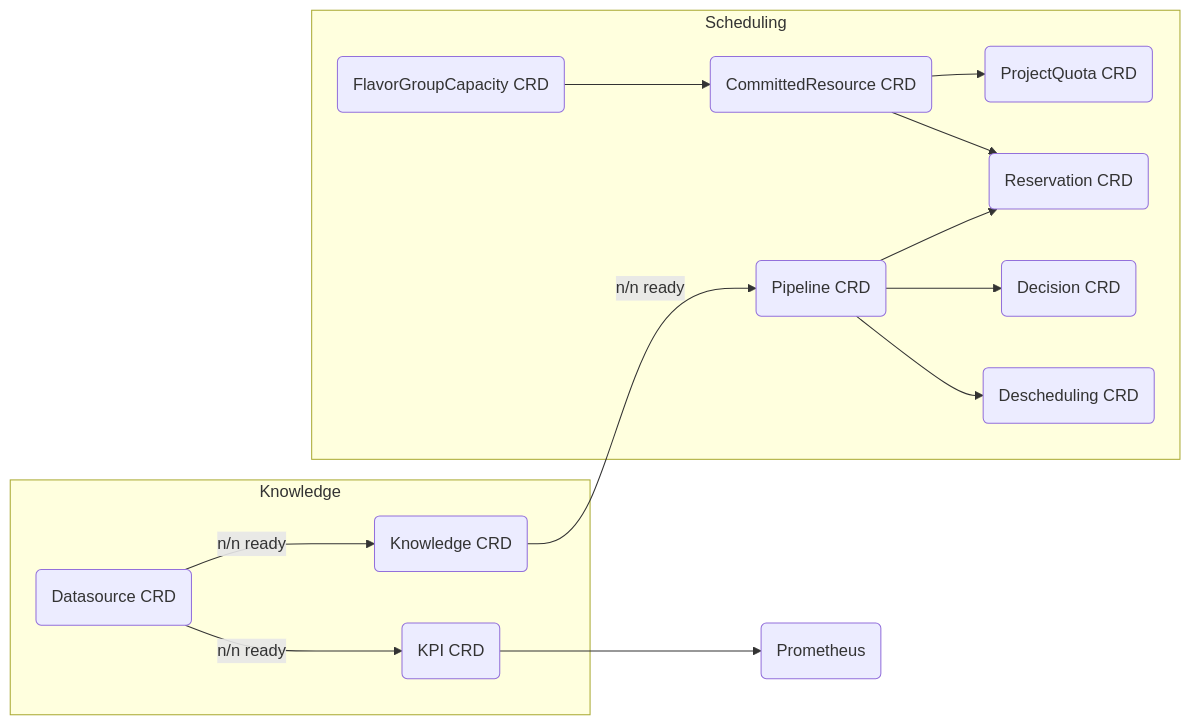
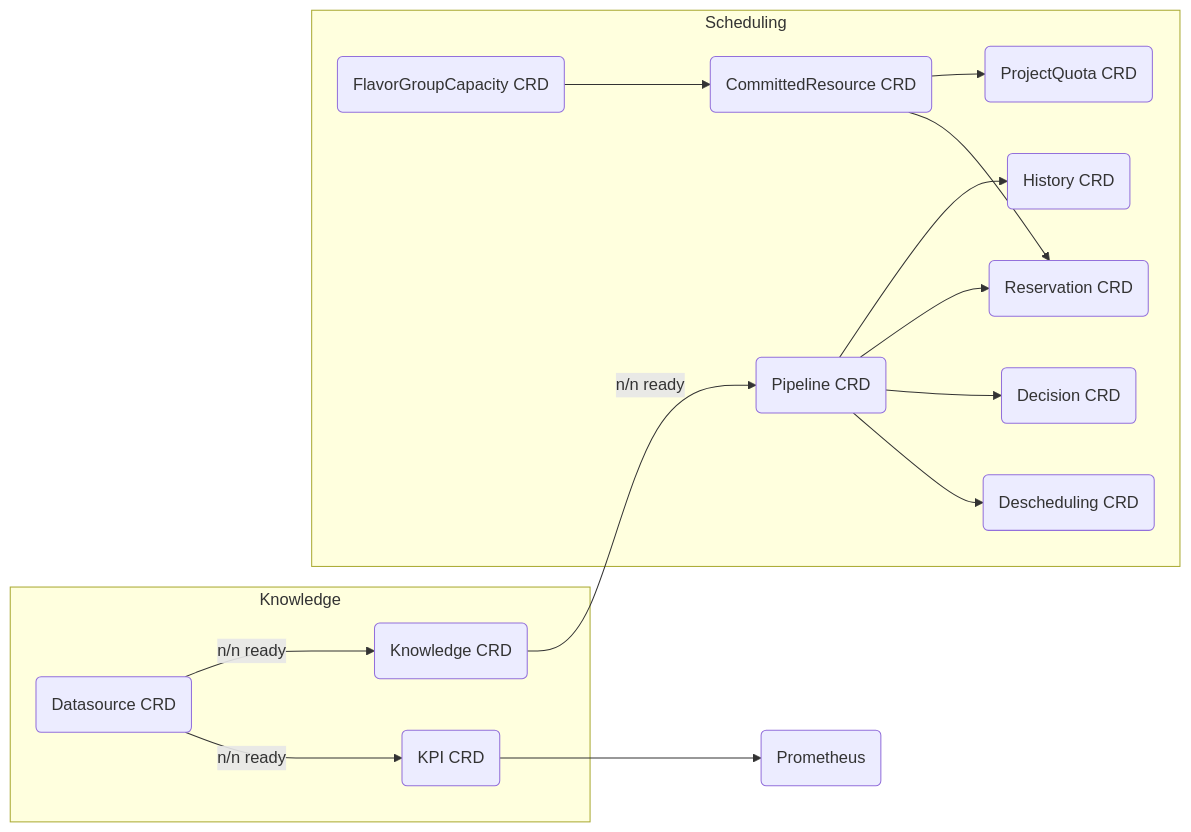
The diagram in docs/apis.md (cobaltcore-dev/cortex), drawn with Mermaid before and after one commit. The commit also changed other lines of this file and 1 other file, not shown here.

First line of the commit message:
docs: add History CRD documentation and multicluster guide link (#1091)

````diff
--- a/docs/apis.md
+++ b/docs/apis.md
@@ -7,30 +7,32 @@
 ```mermaid
 graph LR;
     subgraph knowledgedb [Knowledge]
     datasource(Datasource CRD)
     kpi(KPI CRD)
     knowledge(Knowledge CRD)
     datasource -- n/n ready --> kpi
     datasource -- n/n ready --> knowledge
     end
 
     subgraph scheduling [Scheduling]
     pipeline(Pipeline CRD)
     descheduling(Descheduling CRD)
     decision(Decision CRD)
     reservation(Reservation CRD)
     committedresource(CommittedResource CRD)
     projectquota(ProjectQuota CRD)
     flavorgroupcapacity(FlavorGroupCapacity CRD)
+    history(History CRD)
     pipeline --> descheduling
     pipeline --> decision
     pipeline --> reservation
+    pipeline --> history
     committedresource --> reservation
     committedresource --> projectquota
     flavorgroupcapacity --> committedresource
     end
 
     prometheus(Prometheus)
     kpi --> prometheus
     knowledge -- n/n ready --> pipeline
 ```
````
